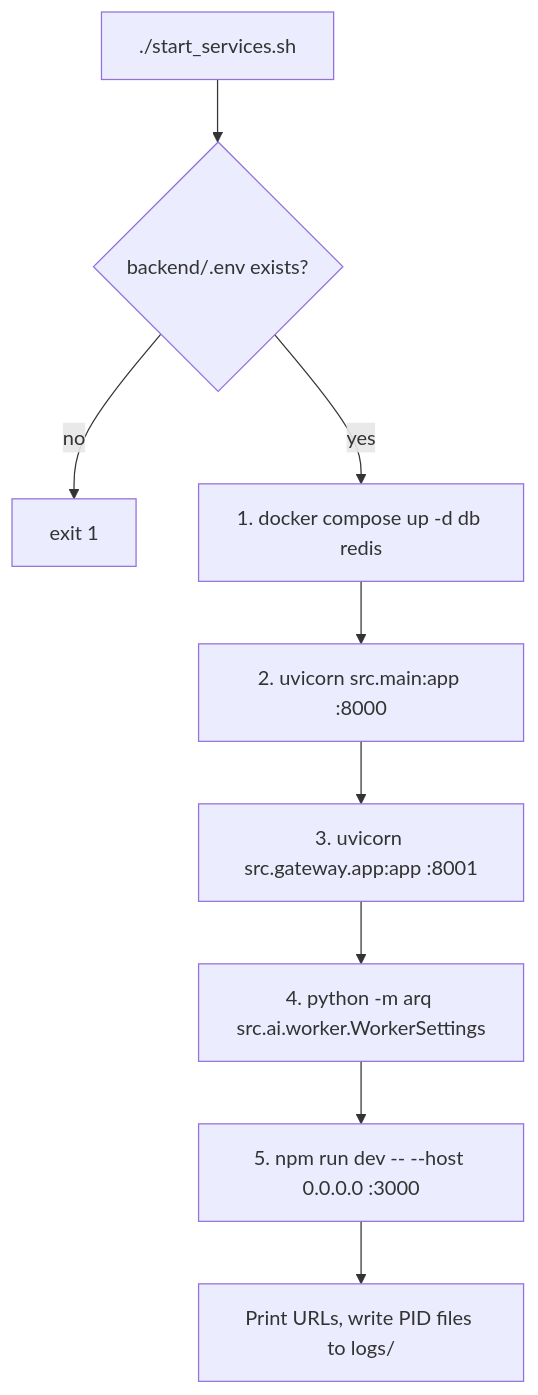
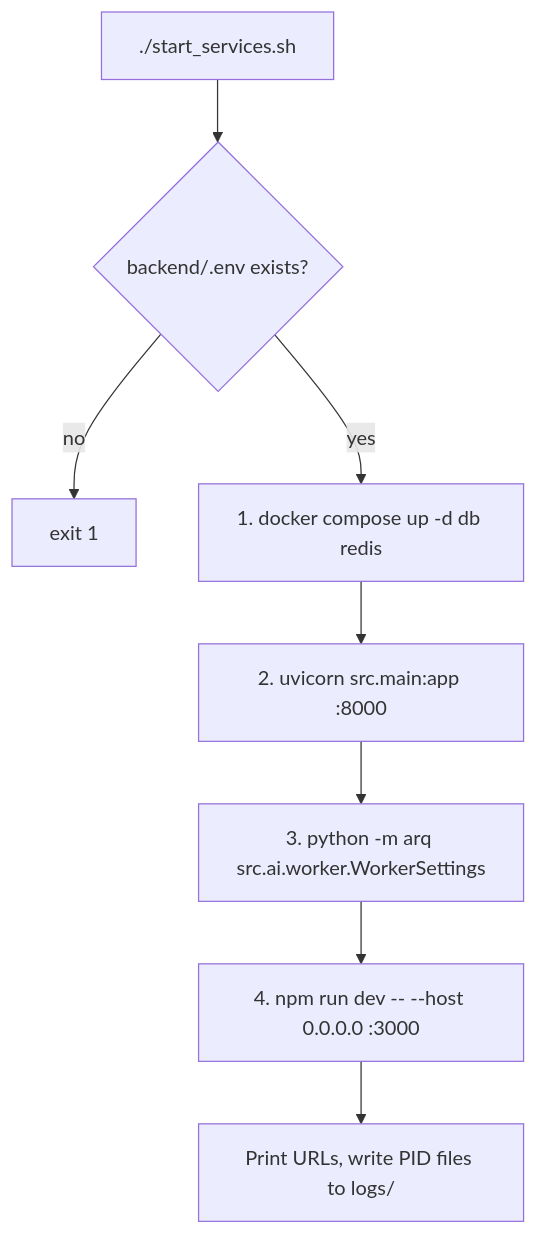
Before and after one commit to gondolerahul/hire-buddha-app: the second of 19 diagrams in docs/current/02-system-architecture.md, drawn with Mermaid. The commit also changed other lines of this file and 61 other files, not shown here.

````diff
--- a/docs/current/02-system-architecture.md
+++ b/docs/current/02-system-architecture.md
@@ -100,11 +93,10 @@
 ```mermaid
 flowchart TD
     S["./start_services.sh"] --> C{"backend/.env exists?"}
     C -->|no| ERR["exit 1"]
     C -->|yes| D1["1. docker compose up -d db redis"]
     D1 --> D2["2. uvicorn src.main:app :8000"]
-    D2 --> D3["3. uvicorn src.gateway.app:app :8001"]
-    D3 --> D4["4. python -m arq src.ai.worker.WorkerSettings"]
-    D4 --> D5["5. npm run dev -- --host 0.0.0.0 :3000"]
-    D5 --> DONE["Print URLs, write PID files to logs/"]
+    D2 --> D3["3. python -m arq src.ai.worker.WorkerSettings"]
+    D3 --> D4["4. npm run dev -- --host 0.0.0.0 :3000"]
+    D4 --> DONE["Print URLs, write PID files to logs/"]
 ```
````
